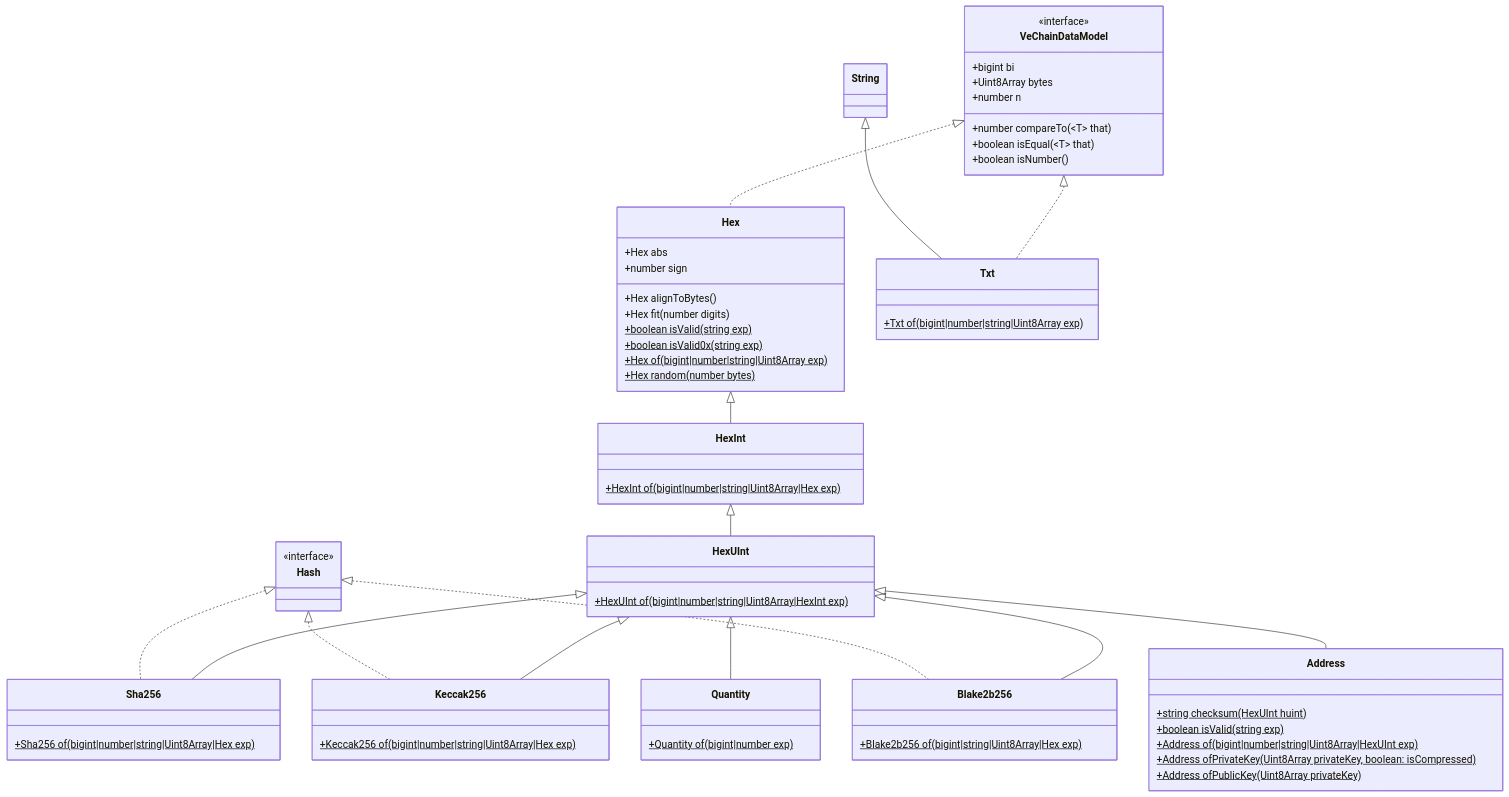
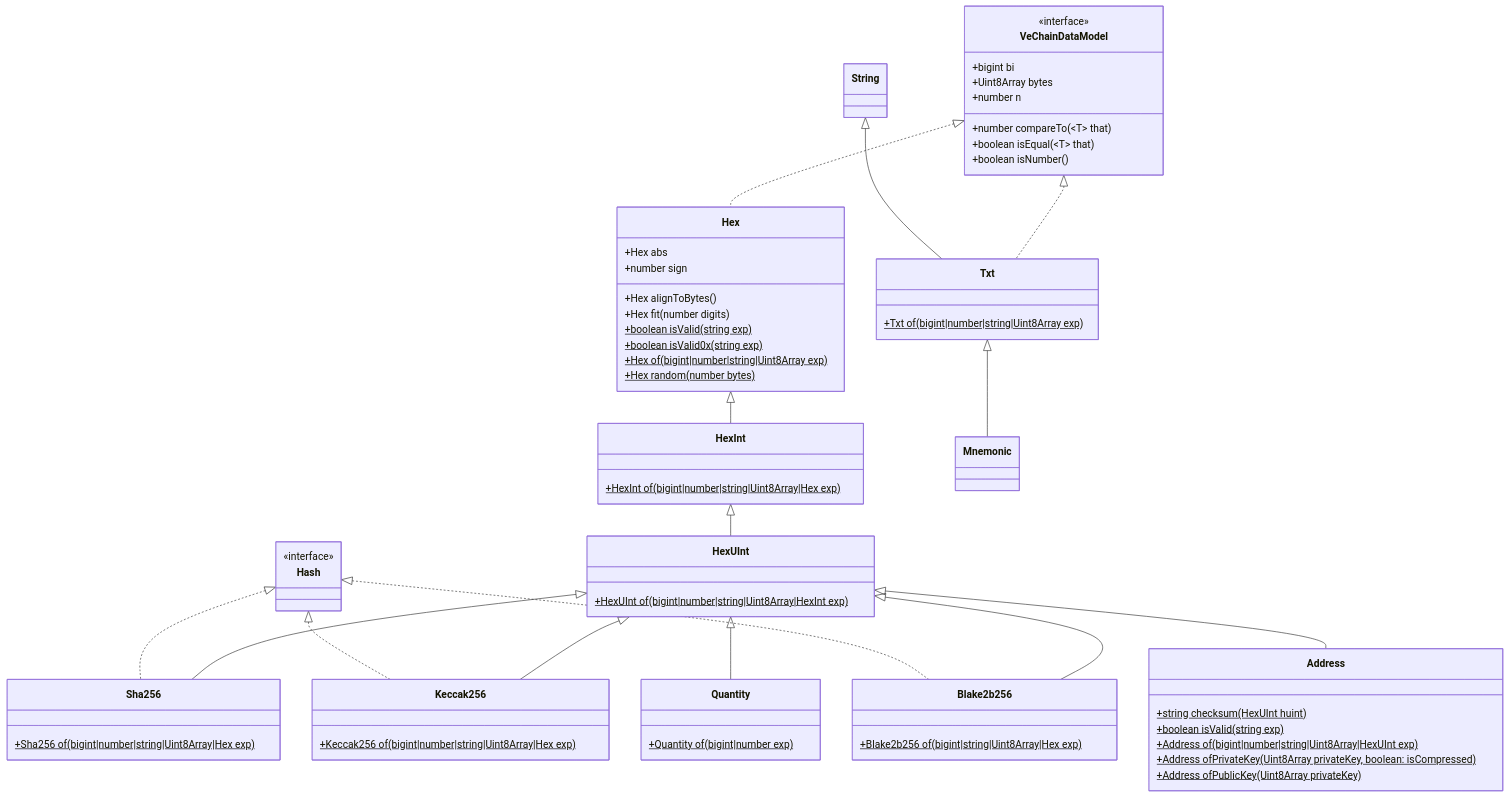
One commit to vechain/vechain-sdk-js changed the diagram in docs/diagrams/architecture/vcdm.md. Above: the diagram before and after it, drawn with Mermaid. The commit also changed 1 other file, not shown here.

````diff
--- a/docs/diagrams/architecture/vcdm.md
+++ b/docs/diagrams/architecture/vcdm.md
@@ -1,67 +1,69 @@
 ```mermaid
 classDiagram
     class Address {
         +string checksum(HexUInt huint)$
         +boolean isValid(string exp)$
         +Address of(bigint|number|string|Uint8Array|HexUInt exp)$
         +Address ofPrivateKey(Uint8Array privateKey, boolean: isCompressed)$
         +Address ofPublicKey(Uint8Array privateKey)$
     }
     class Blake2b256 {
         +Blake2b256 of(bigint|string|Uint8Array|Hex exp)$
     }
     class Hash {
         <<interface>>
     }
     class Hex {
         +Hex abs
         +number sign
         +Hex alignToBytes()
         +Hex fit(number digits)
         +boolean isValid(string exp)$
         +boolean isValid0x(string exp)$
         +Hex of(bigint|number|string|Uint8Array exp)$
         +Hex random(number bytes)$
     }
     class HexInt {
         +HexInt of(bigint|number|string|Uint8Array|Hex exp)$
     }
     class HexUInt {
         +HexUInt of(bigint|number|string|Uint8Array|HexInt exp)$
     }
     class Keccak256 {
         +Keccak256 of(bigint|number|string|Uint8Array|Hex exp)$
     }
+    class Mnemonic
     class Quantity {
         +Quantity of(bigint|number exp)$
     }
     class Sha256 {
         +Sha256 of(bigint|number|string|Uint8Array|Hex exp)$
     }
     class String
     class Txt {
         +Txt of(bigint|number|string|Uint8Array exp)$
     }
     class VeChainDataModel{
         <<interface>>
       +bigint bi
       +Uint8Array bytes
       +number n
       +number compareTo(~T~ that)
       +boolean isEqual(~T~ that)
       +boolean isNumber()
     }
     Hash <|.. Blake2b256
     Hash <|.. Keccak256
     Hash <|.. Sha256
     Hex <|-- HexInt
     HexInt <|-- HexUInt
     HexUInt <|-- Address
     HexUInt <|-- Blake2b256
     HexUInt <|-- Keccak256
     HexUInt <|-- Quantity
     HexUInt <|-- Sha256
     String <|-- Txt
+    Txt <|-- Mnemonic
     VeChainDataModel <|.. Hex
     VeChainDataModel <|.. Txt
 ```
````
